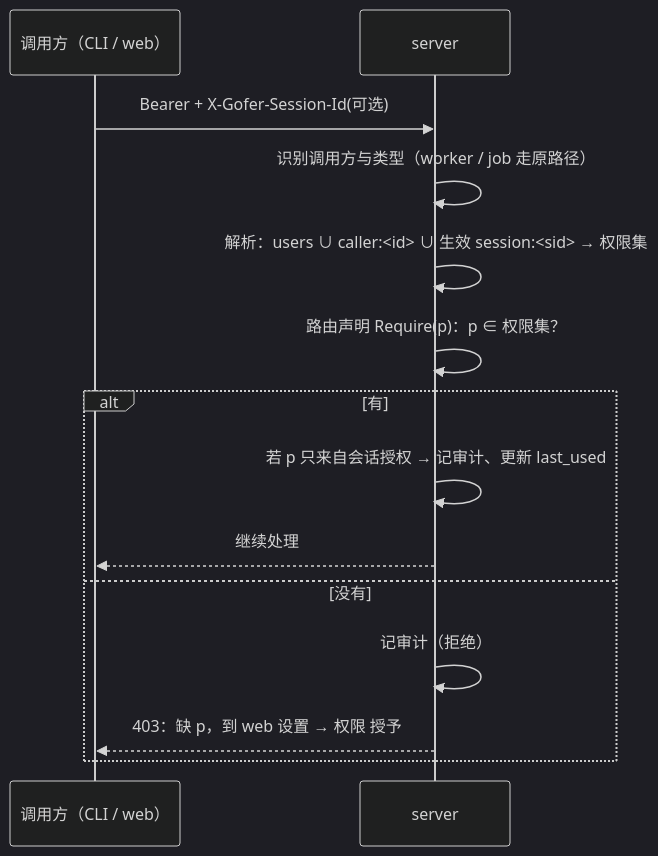
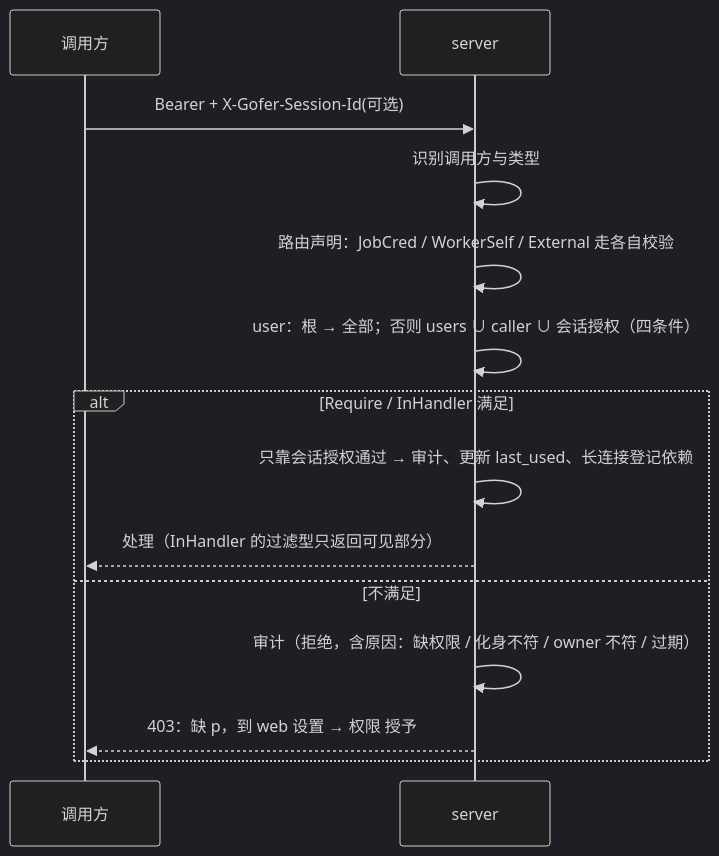
The second of 2 diagrams in docs/design/2026-10-14-db-capabilities-and-session-grants-design.md (inhere/gofer), drawn with Mermaid (dark theme) before and after one commit. The commit also changed other lines of this file and 1 other file, not shown here.

````diff
--- a/docs/design/2026-10-14-db-capabilities-and-session-grants-design.md
+++ b/docs/design/2026-10-14-db-capabilities-and-session-grants-design.md
@@ -257,16 +335,16 @@
 ```mermaid
 sequenceDiagram
-  participant C as 调用方（CLI / web）
+  participant C as 调用方
   participant S as server
   C->>S: Bearer + X-Gofer-Session-Id(可选)
-  S->>S: 识别调用方与类型（worker / job 走原路径）
-  S->>S: 解析：users ∪ caller:<id> ∪ 生效 session:<sid> → 权限集
-  S->>S: 路由声明 Require(p)：p ∈ 权限集？
-  alt 有
-    S->>S: 若 p 只来自会话授权 → 记审计、更新 last_used
-    S-->>C: 继续处理
-  else 没有
-    S->>S: 记审计（拒绝）
+  S->>S: 识别调用方与类型
+  S->>S: 路由声明：JobCred / WorkerSelf / External 走各自校验
+  S->>S: user：根 → 全部；否则 users ∪ caller ∪ 会话授权（四条件）
+  alt Require / InHandler 满足
+    S->>S: 只靠会话授权通过 → 审计、更新 last_used、长连接登记依赖
+    S-->>C: 处理（InHandler 的过滤型只返回可见部分）
+  else 不满足
+    S->>S: 审计（拒绝，含原因：缺权限 / 化身不符 / owner 不符 / 过期）
     S-->>C: 403：缺 p，到 web 设置 → 权限 授予
   end
 ```
````
